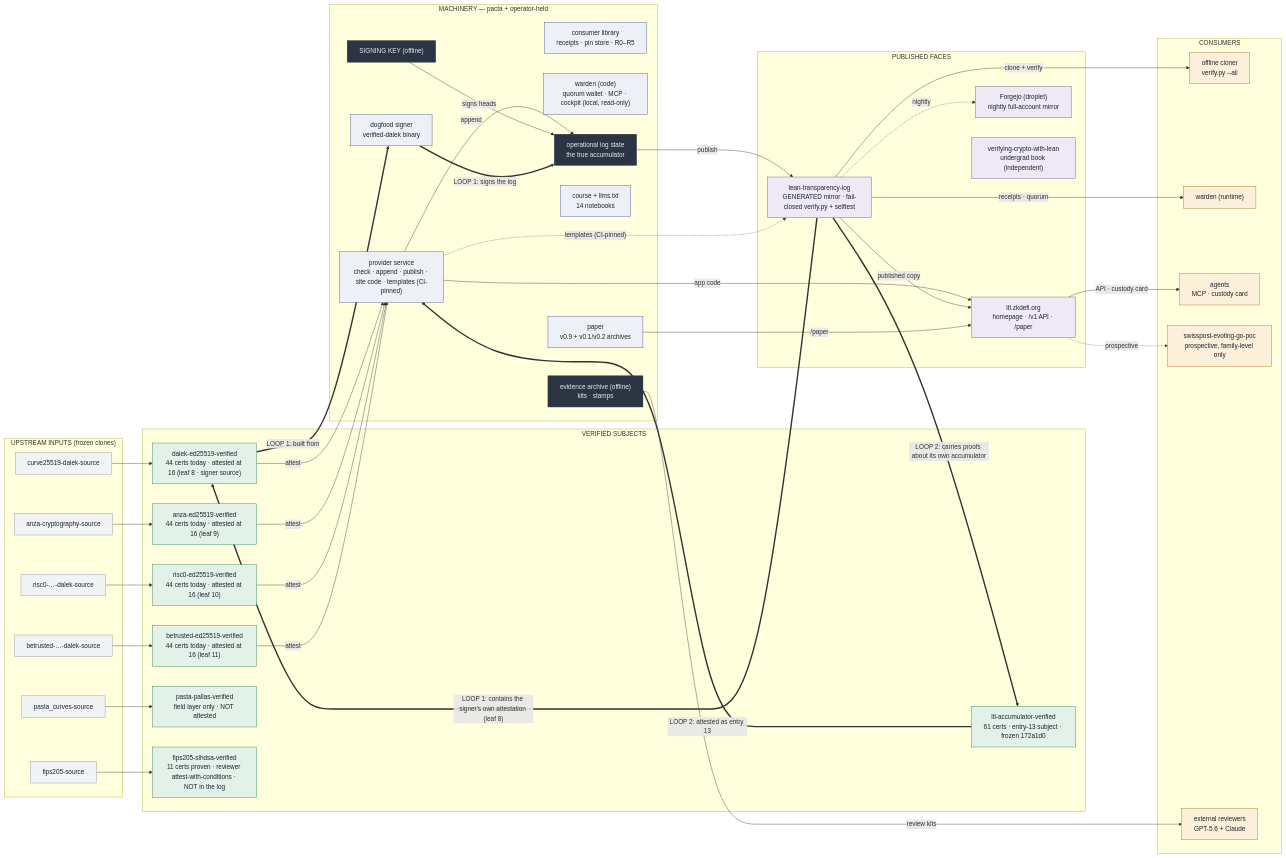
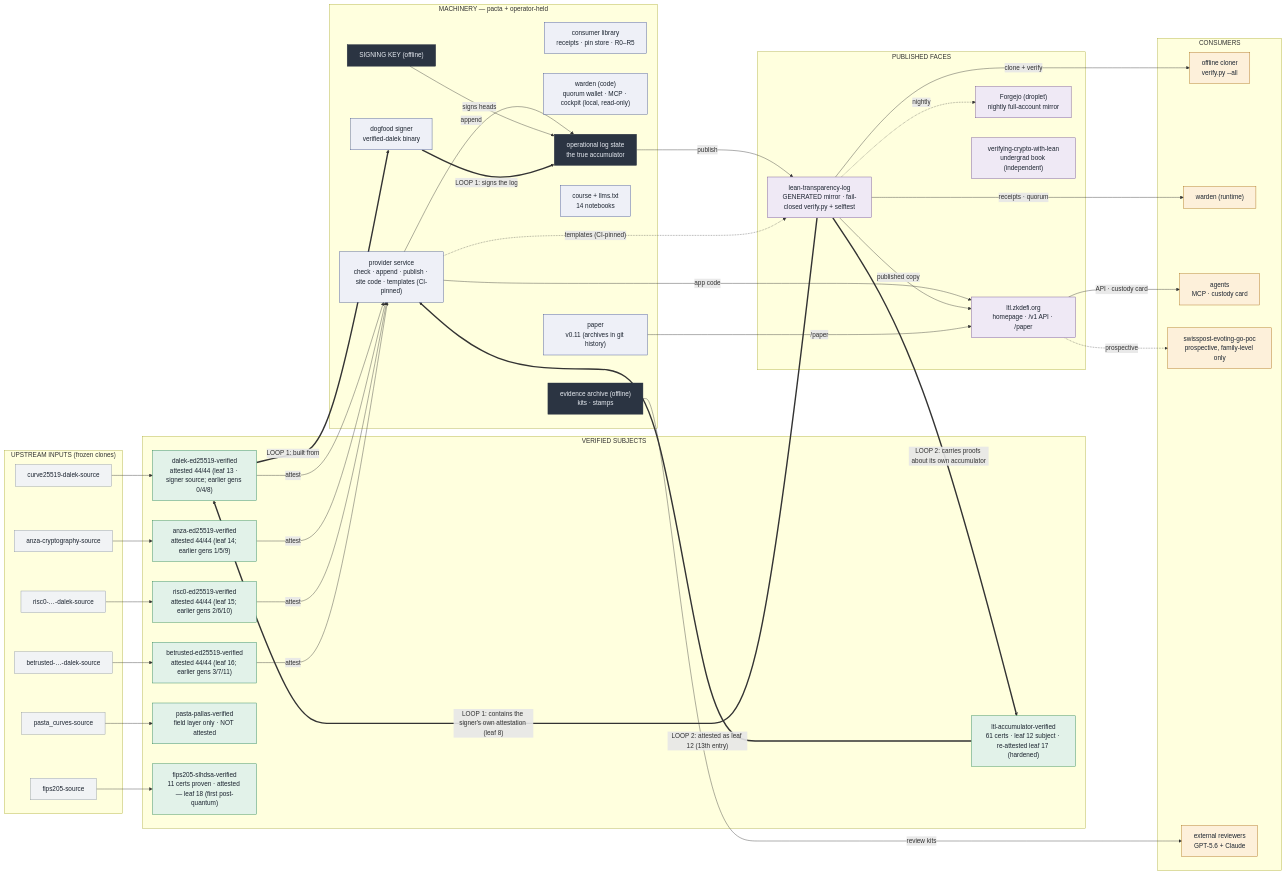
The diagram in ESTATE.md (saymrwulf/proof-aware-crypto-tooling-agent), drawn with Mermaid before and after one commit. The commit also changed other lines of this file and 7 other files, not shown here.

```diff
--- a/ESTATE.md
+++ b/ESTATE.md
@@ -23,20 +24,20 @@
     s6["fips205-source"]
   end
   subgraph V["VERIFIED SUBJECTS"]
-    d["dalek-ed25519-verified<br/>44 certs today · attested at 16 (leaf 8 · signer source)"]
-    a["anza-ed25519-verified<br/>44 certs today · attested at 16 (leaf 9)"]
-    r["risc0-ed25519-verified<br/>44 certs today · attested at 16 (leaf 10)"]
-    b["betrusted-ed25519-verified<br/>44 certs today · attested at 16 (leaf 11)"]
+    d["dalek-ed25519-verified<br/>attested 44/44 (leaf 13 · signer source; earlier gens 0/4/8)"]
+    a["anza-ed25519-verified<br/>attested 44/44 (leaf 14; earlier gens 1/5/9)"]
+    r["risc0-ed25519-verified<br/>attested 44/44 (leaf 15; earlier gens 2/6/10)"]
+    b["betrusted-ed25519-verified<br/>attested 44/44 (leaf 16; earlier gens 3/7/11)"]
     p["pasta-pallas-verified<br/>field layer only · NOT attested"]
-    f["fips205-slhdsa-verified<br/>11 certs proven · reviewer attest-with-conditions · NOT in the log"]
-    c["ltl-accumulator-verified<br/>61 certs · entry-13 subject · frozen 172a1d0"]
+    f["fips205-slhdsa-verified<br/>11 certs proven · attested — leaf 18 (first post-quantum)"]
+    c["ltl-accumulator-verified<br/>61 certs · leaf 12 subject · re-attested leaf 17 (hardened)"]
   end
   subgraph M["MACHINERY — pacta + operator-held"]
     prov["provider service<br/>check · append · publish · site code · templates (CI-pinned)"]
     sig["dogfood signer<br/>verified-dalek binary"]
     lib["consumer library<br/>receipts · pin store · R0–R5"]
     wal["warden (code)<br/>quorum wallet · MCP · cockpit (local, read-only)"]
-    pap["paper<br/>v0.9 + v0.1/v0.2 archives"]
+    pap["paper<br/>v0.11 (archives in git history)"]
     crs["course + llms.txt<br/>14 notebooks"]
     key["SIGNING KEY (offline)"]
     ops["operational log state<br/>the true accumulator"]
@@ -81,7 +82,7 @@
   d ==>|"LOOP 1: built from"| sig
   sig ==>|"LOOP 1: signs the log"| ops
   mir ==>|"LOOP 1: contains the signer's own attestation (leaf 8)"| d
-  c ==>|"LOOP 2: attested as entry 13"| prov
+  c ==>|"LOOP 2: attested as leaf 12 (13th entry)"| prov
   mir ==>|"LOOP 2: carries proofs about its own accumulator"| c
   classDef src fill:#f1f3f5,stroke:#8a93a0,color:#1c2430
   classDef sub fill:#e2f2e9,stroke:#1e7f4f,color:#1c2430
```
